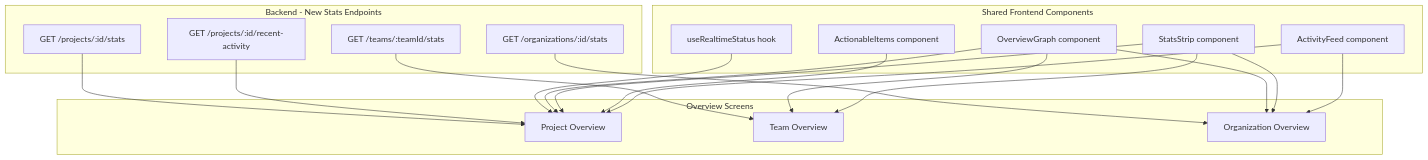
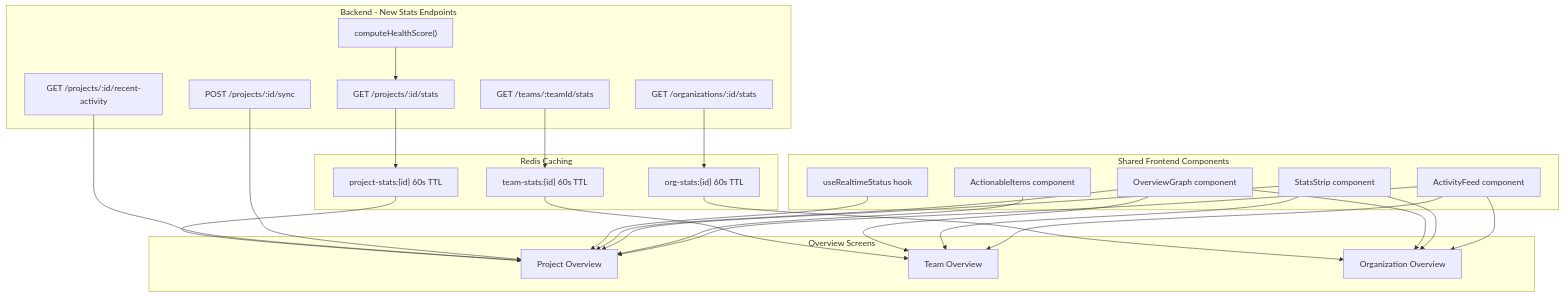
The diagram in .cursor/plans/phase_10_ui_overhaul_fbe72b5d.plan.md (deptex/deptex), drawn with Mermaid before and after one commit. The commit also changed other lines of this file and 269 other files, not shown here.

````diff
--- a/.cursor/plans/phase_10_ui_overhaul_fbe72b5d.plan.md
+++ b/.cursor/plans/phase_10_ui_overhaul_fbe72b5d.plan.md
@@ -41,38 +43,49 @@
 ```mermaid
 graph TD
     subgraph backend [Backend - New Stats Endpoints]
         ProjStats["GET /projects/:id/stats"]
         ProjActivity["GET /projects/:id/recent-activity"]
         OrgStats["GET /organizations/:id/stats"]
         TeamStats["GET /teams/:teamId/stats"]
+        SyncTrigger["POST /projects/:id/sync"]
+        HealthCalc["computeHealthScore()"]
+    end
+
+    subgraph cache [Redis Caching]
+        ProjCache["project-stats:{id} 60s TTL"]
+        OrgCache["org-stats:{id} 60s TTL"]
+        TeamCache["team-stats:{id} 60s TTL"]
     end
 
     subgraph shared [Shared Frontend Components]
         RTHook["useRealtimeStatus hook"]
         MiniGraph["OverviewGraph component"]
         StatsStrip["StatsStrip component"]
         ActionItems["ActionableItems component"]
         ActivityFeed["ActivityFeed component"]
     end
 
     subgraph screens [Overview Screens]
         ProjOvw["Project Overview"]
         TeamOvw["Team Overview"]
         OrgOvw["Organization Overview"]
     end
 
-    ProjStats --> ProjOvw
+    HealthCalc --> ProjStats
+    ProjStats --> ProjCache --> ProjOvw
     ProjActivity --> ProjOvw
-    OrgStats --> OrgOvw
-    TeamStats --> TeamOvw
+    OrgStats --> OrgCache --> OrgOvw
+    TeamStats --> TeamCache --> TeamOvw
+    SyncTrigger --> ProjOvw
     RTHook --> ProjOvw
     MiniGraph --> ProjOvw
     MiniGraph --> TeamOvw
     MiniGraph --> OrgOvw
     StatsStrip --> ProjOvw
     StatsStrip --> TeamOvw
     StatsStrip --> OrgOvw
     ActionItems --> ProjOvw
     ActivityFeed --> ProjOvw
+    ActivityFeed --> TeamOvw
     ActivityFeed --> OrgOvw
 ```
````
